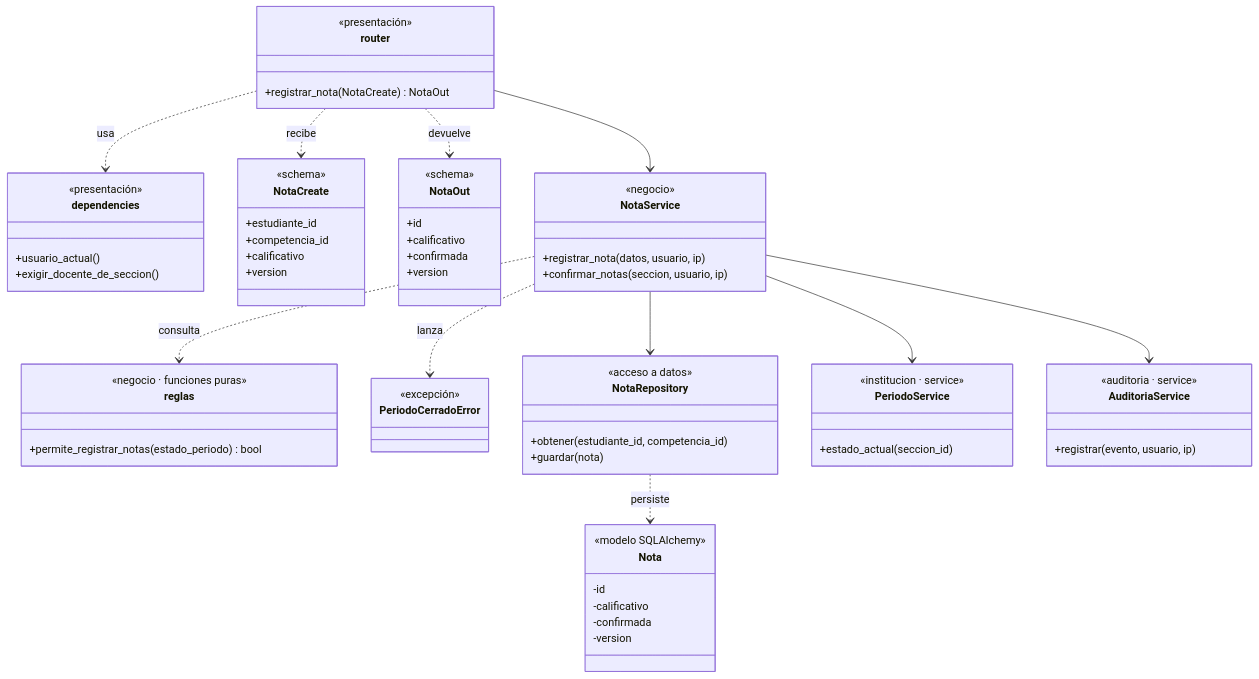
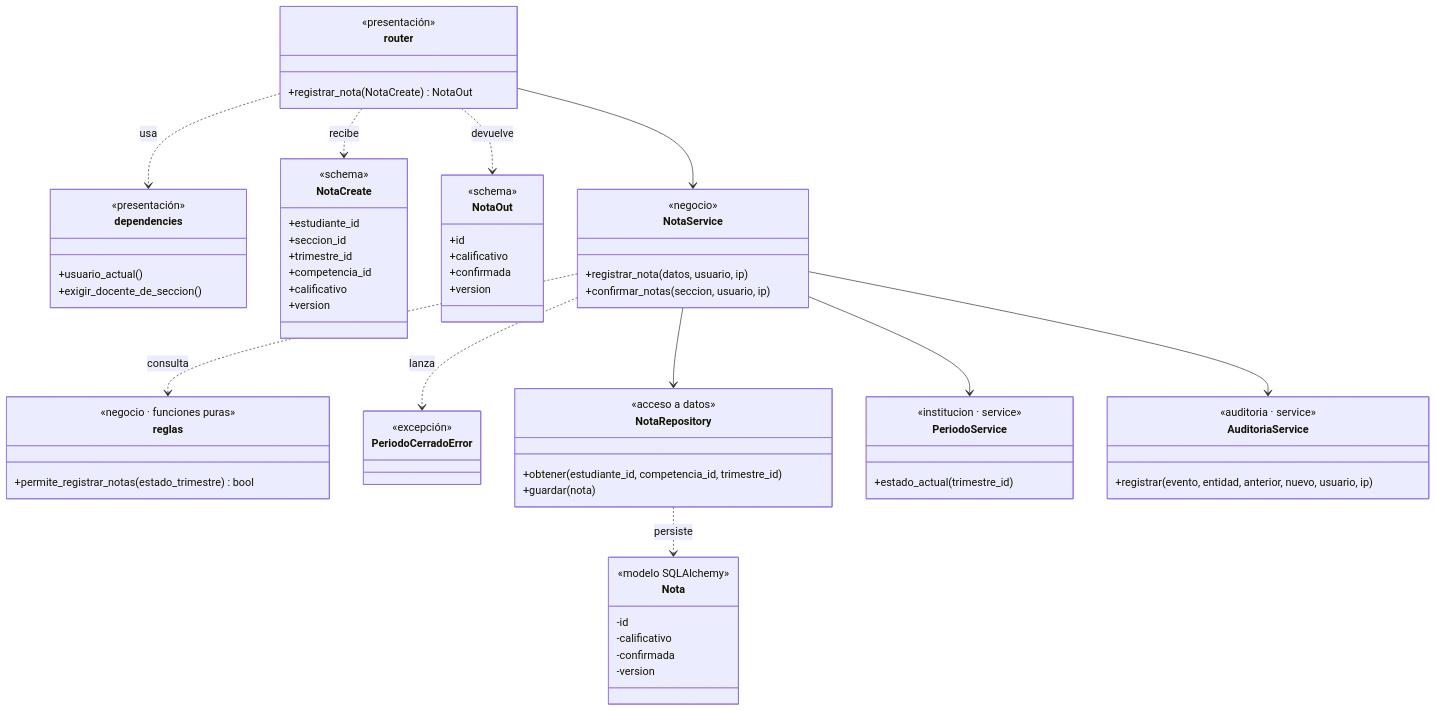
Before and after one commit to HafidJoss/PORTAL_DE_SERVICIOS_ESTUDIANTILES: the first of 2 diagrams in docs/04-modelo-c4/04-nivel4-codigo.md, drawn with Mermaid. The commit also changed other lines of this file and 3 other files, not shown here.

````diff
--- a/docs/04-modelo-c4/04-nivel4-codigo.md
+++ b/docs/04-modelo-c4/04-nivel4-codigo.md
@@ -24,70 +24,72 @@
 ```mermaid
 classDiagram
     direction TB
     class router {
         <<presentación>>
         +registrar_nota(NotaCreate) NotaOut
     }
     class dependencies {
         <<presentación>>
         +usuario_actual()
         +exigir_docente_de_seccion()
     }
     class NotaCreate {
         <<schema>>
         +estudiante_id
+        +seccion_id
+        +trimestre_id
         +competencia_id
         +calificativo
         +version
     }
     class NotaOut {
         <<schema>>
         +id
         +calificativo
         +confirmada
         +version
     }
     class NotaService {
         <<negocio>>
         +registrar_nota(datos, usuario, ip)
         +confirmar_notas(seccion, usuario, ip)
     }
     class reglas {
         <<negocio · funciones puras>>
-        +permite_registrar_notas(estado_periodo) bool
+        +permite_registrar_notas(estado_trimestre) bool
     }
     class PeriodoCerradoError {
         <<excepción>>
     }
     class NotaRepository {
         <<acceso a datos>>
-        +obtener(estudiante_id, competencia_id)
+        +obtener(estudiante_id, competencia_id, trimestre_id)
         +guardar(nota)
     }
     class Nota {
         <<modelo SQLAlchemy>>
         -id
         -calificativo
         -confirmada
         -version
     }
     class PeriodoService {
         <<institucion · service>>
-        +estado_actual(seccion_id)
+        +estado_actual(trimestre_id)
     }
     class AuditoriaService {
         <<auditoria · service>>
-        +registrar(evento, usuario, ip)
+        +registrar(evento, entidad, anterior, nuevo, usuario, ip)
     }
 
     router ..> dependencies : usa
     router ..> NotaCreate : recibe
     router ..> NotaOut : devuelve
     router --> NotaService
     NotaService ..> reglas : consulta
     NotaService ..> PeriodoCerradoError : lanza
     NotaService --> NotaRepository
     NotaService --> PeriodoService
     NotaService --> AuditoriaService
     NotaRepository ..> Nota : persiste
 ```
````
